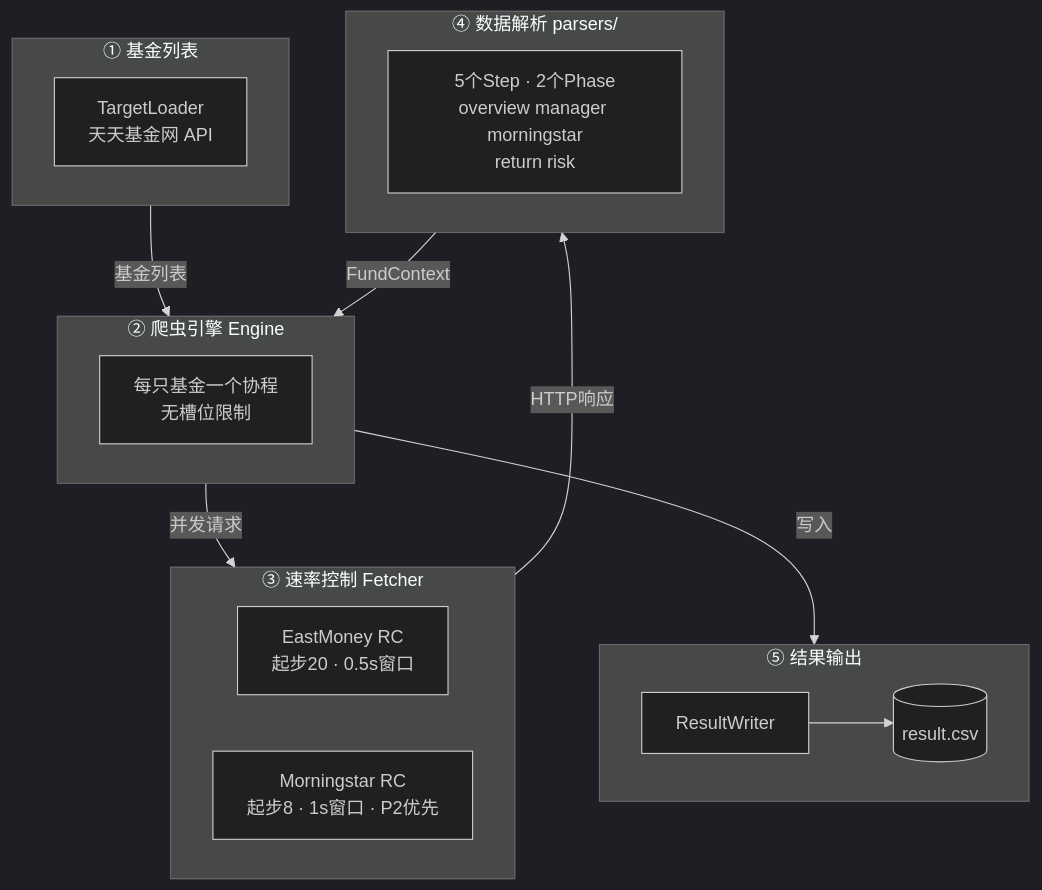
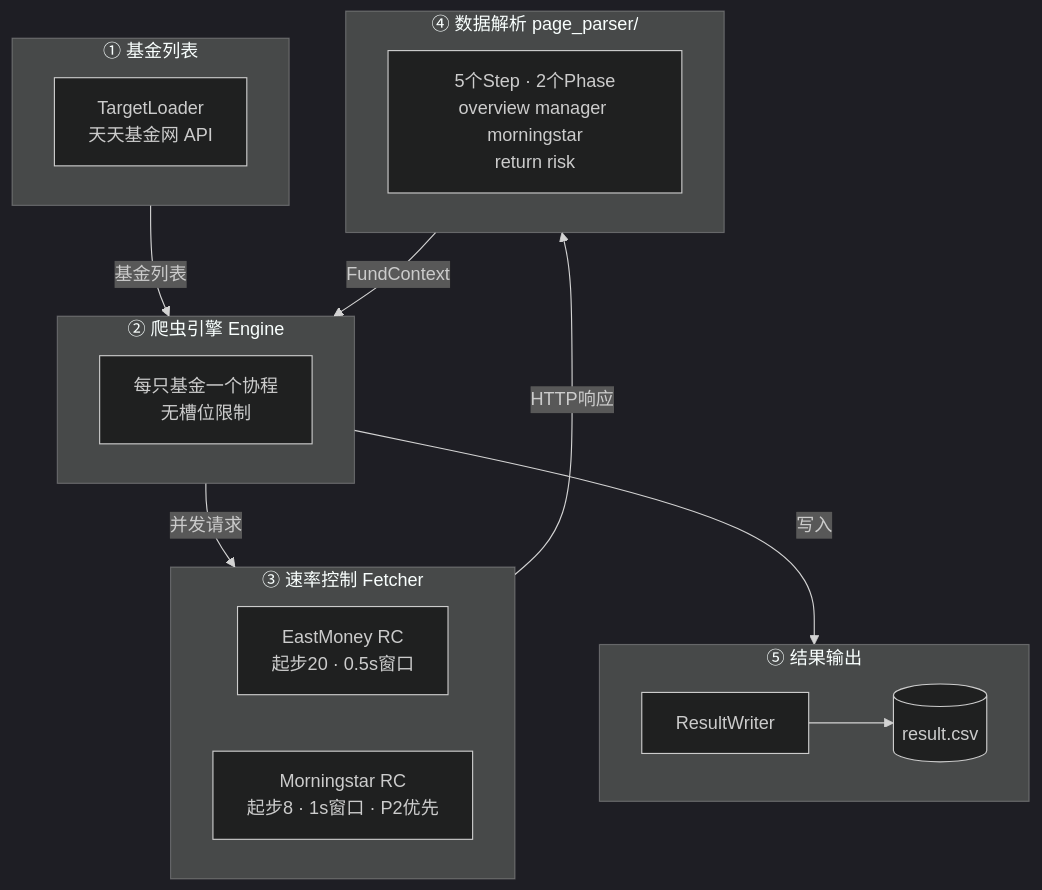
The first of 2 diagrams in README.md (Jerry1014/FundCrawler), drawn with Mermaid (dark theme) before and after one commit. The commit also changed 23 other files, not shown here.

````diff
--- a/README.md
+++ b/README.md
@@ -39,31 +39,31 @@
 ```mermaid
 flowchart TB
     subgraph 输入["① 基金列表"]
         TL[TargetLoader<br/>天天基金网 API]
     end
 
     subgraph 核心["② 爬虫引擎 Engine"]
         E[每只基金一个协程<br/>无槽位限制]
     end
 
     subgraph 网络["③ 速率控制 Fetcher"]
         direction LR
         RC_EM[EastMoney RC<br/>起步20 · 0.5s窗口]
         RC_MS[Morningstar RC<br/>起步8 · 1s窗口 · P2优先]
     end
 
-    subgraph 解析["④ 数据解析 parsers/"]
+    subgraph 解析["④ 数据解析 page_parser/"]
         direction LR
         STEPS[5个Step · 2个Phase<br/>overview manager morningstar<br/>return risk]
     end
 
     subgraph 输出["⑤ 结果输出"]
         WR[ResultWriter] --> CSV[(result.csv)]
     end
 
     输入 -->|基金列表| 核心
     核心 -->|并发请求| 网络
     网络 -->|HTTP响应| 解析
     解析 -->|FundContext| 核心
     核心 -->|写入| 输出
 ```
````
